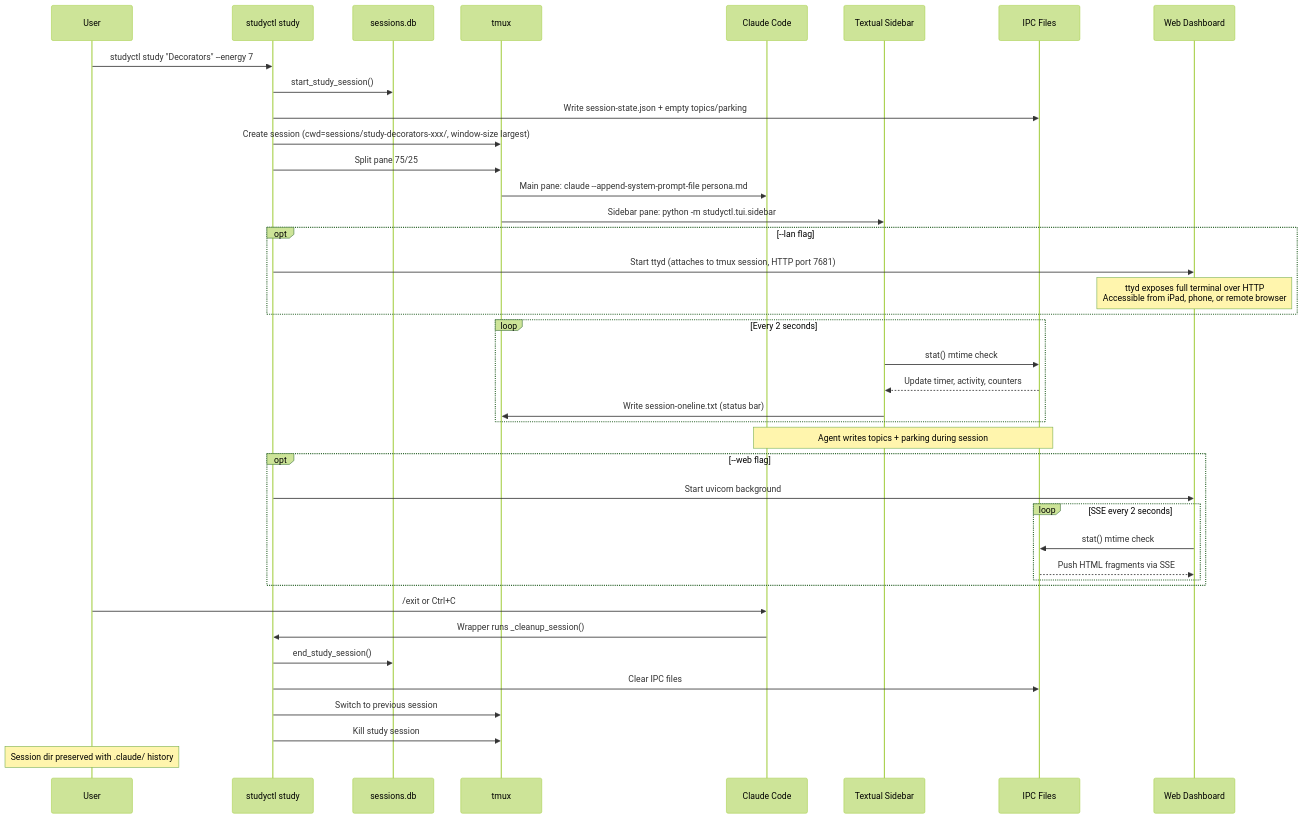
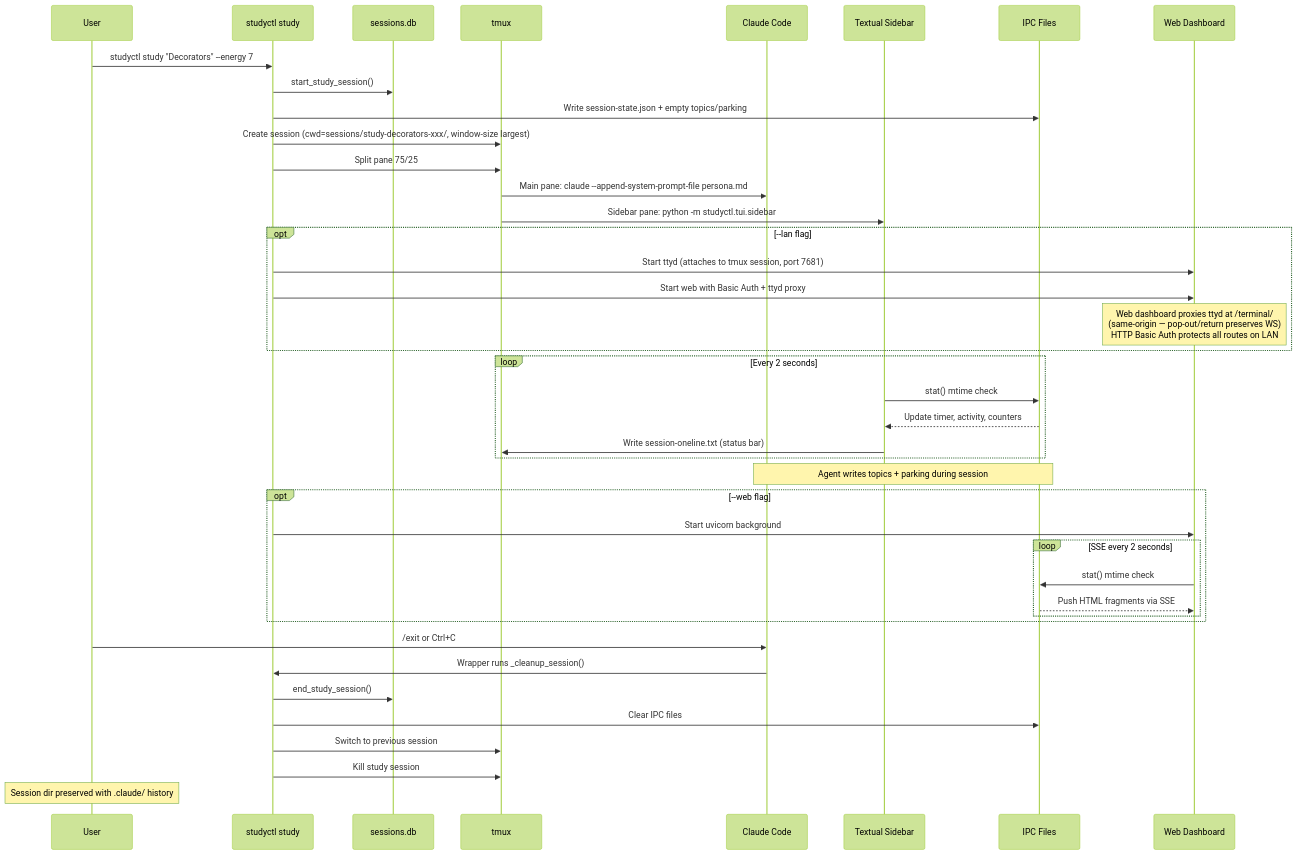
The third of 8 diagrams in docs/system-overview.md (NetDevAutomate/StudyLoop), drawn with Mermaid (forest theme) before and after one commit. The commit also changed other lines of this file and 19 other files, not shown here.

````diff
--- a/docs/system-overview.md
+++ b/docs/system-overview.md
@@ -142,49 +143,50 @@
 ```mermaid
 sequenceDiagram
     participant U as User
     participant CLI as studyctl study
     participant DB as sessions.db
     participant TMUX as tmux
     participant AGENT as Claude Code
     participant TUI as Textual Sidebar
     participant IPC as IPC Files
     participant WEB as Web Dashboard
 
     U->>CLI: studyctl study "Decorators" --energy 7
     CLI->>DB: start_study_session()
     CLI->>IPC: Write session-state.json + empty topics/parking
     CLI->>TMUX: Create session (cwd=sessions/study-decorators-xxx/, window-size largest)
     CLI->>TMUX: Split pane 75/25
     TMUX->>AGENT: Main pane: claude --append-system-prompt-file persona.md
     TMUX->>TUI: Sidebar pane: python -m studyctl.tui.sidebar
 
     opt --lan flag
-        CLI->>WEB: Start ttyd (attaches to tmux session, HTTP port 7681)
-        Note over WEB: ttyd exposes full terminal over HTTP<br/>Accessible from iPad, phone, or remote browser
+        CLI->>WEB: Start ttyd (attaches to tmux session, port 7681)
+        CLI->>WEB: Start web with Basic Auth + ttyd proxy
+        Note over WEB: Web dashboard proxies ttyd at /terminal/<br/>(same-origin — pop-out/return preserves WS)<br/>HTTP Basic Auth protects all routes on LAN
     end
 
     loop Every 2 seconds
         TUI->>IPC: stat() mtime check
         IPC-->>TUI: Update timer, activity, counters
         TUI->>TMUX: Write session-oneline.txt (status bar)
     end
 
     Note over AGENT,IPC: Agent writes topics + parking during session
 
     opt --web flag
         CLI->>WEB: Start uvicorn background
         loop SSE every 2 seconds
             WEB->>IPC: stat() mtime check
             IPC-->>WEB: Push HTML fragments via SSE
         end
     end
 
     U->>AGENT: /exit or Ctrl+C
     AGENT->>CLI: Wrapper runs _cleanup_session()
     CLI->>DB: end_study_session()
     CLI->>IPC: Clear IPC files
     CLI->>TMUX: Switch to previous session
     CLI->>TMUX: Kill study session
 
     Note over U: Session dir preserved with .claude/ history
 ```
````
